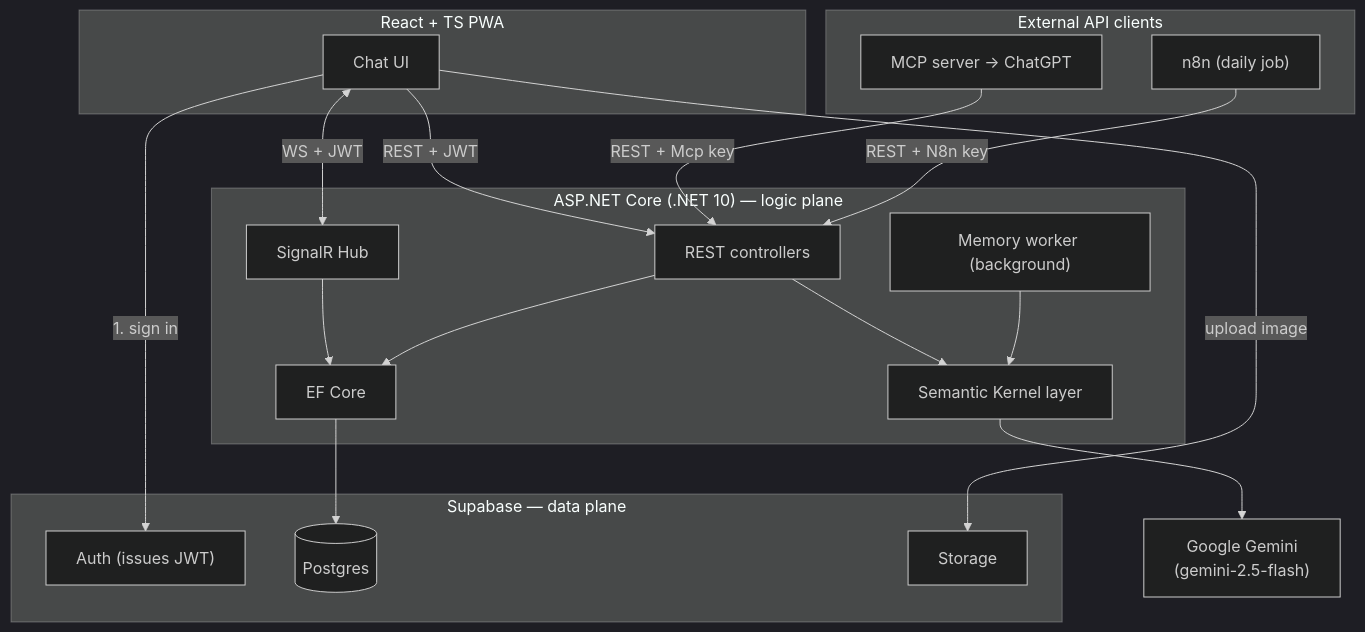
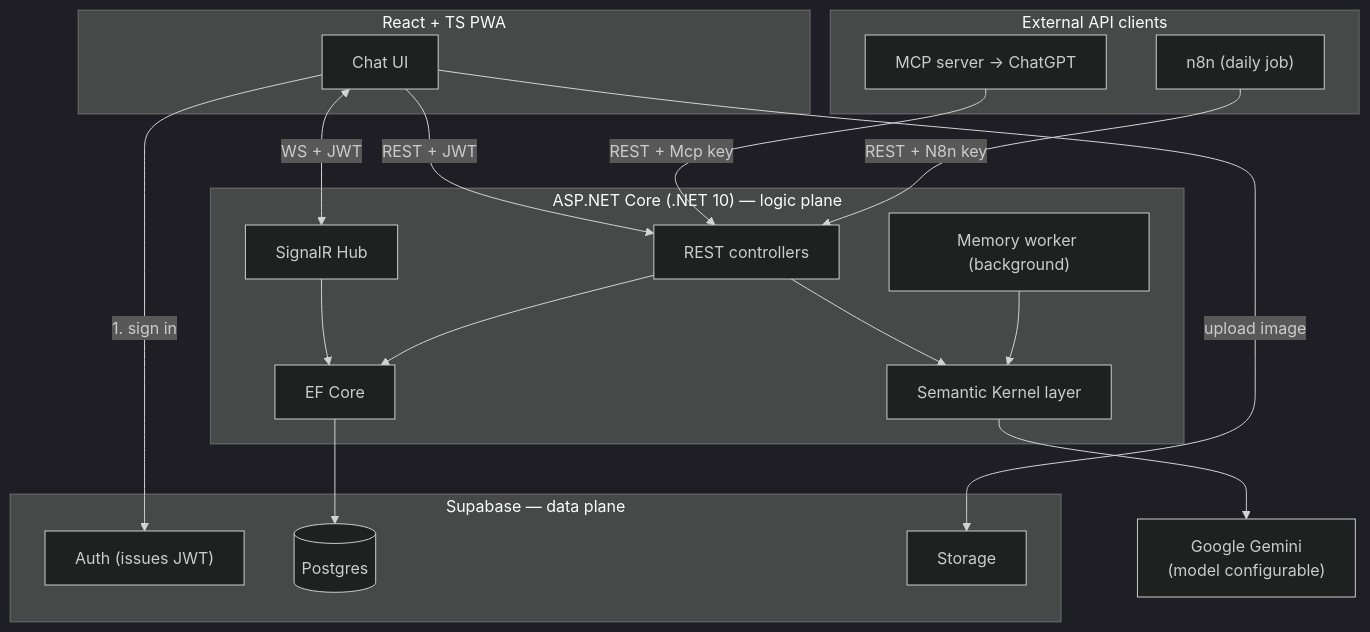
One commit to phanxuanquang/jetomax-assignment changed the first of 5 diagrams in docs/backend-system-design-and-architecture.md. Above: the diagram before and after it, drawn with Mermaid (dark theme). The commit also changed other lines of this file and 6 other files, not shown here.

First line of the commit message:
feat: enhance database schema and user roles

````diff
--- a/docs/backend-system-design-and-architecture.md
+++ b/docs/backend-system-design-and-architecture.md
@@ -63,35 +63,35 @@
 ```mermaid
 flowchart TB
     subgraph Client["React + TS PWA"]
         FE["Chat UI"]
     end
     subgraph BE["ASP.NET Core (.NET 10) — logic plane"]
         RT["SignalR Hub"]
         API["REST controllers"]
         SK["Semantic Kernel layer"]
         WK["Memory worker (background)"]
         DATA["EF Core"]
     end
     subgraph SB["Supabase — data plane"]
         AUTH["Auth (issues JWT)"]
         PG[("Postgres")]
         ST["Storage"]
     end
-    GEM["Google Gemini<br/>(gemini-2.5-flash)"]
+    GEM["Google Gemini<br/>(model configurable)"]
 
     subgraph EXT["External API clients"]
         MCPS["MCP server → ChatGPT"]
         N8N["n8n (daily job)"]
     end
 
     FE -->|1. sign in| AUTH
     FE <-->|WS + JWT| RT
     FE -->|REST + JWT| API
     FE -->|upload image| ST
     RT --> DATA --> PG
     API --> DATA
     API --> SK --> GEM
     WK --> SK
     MCPS -->|REST + Mcp key| API
     N8N -->|REST + N8n key| API
 ```
````
